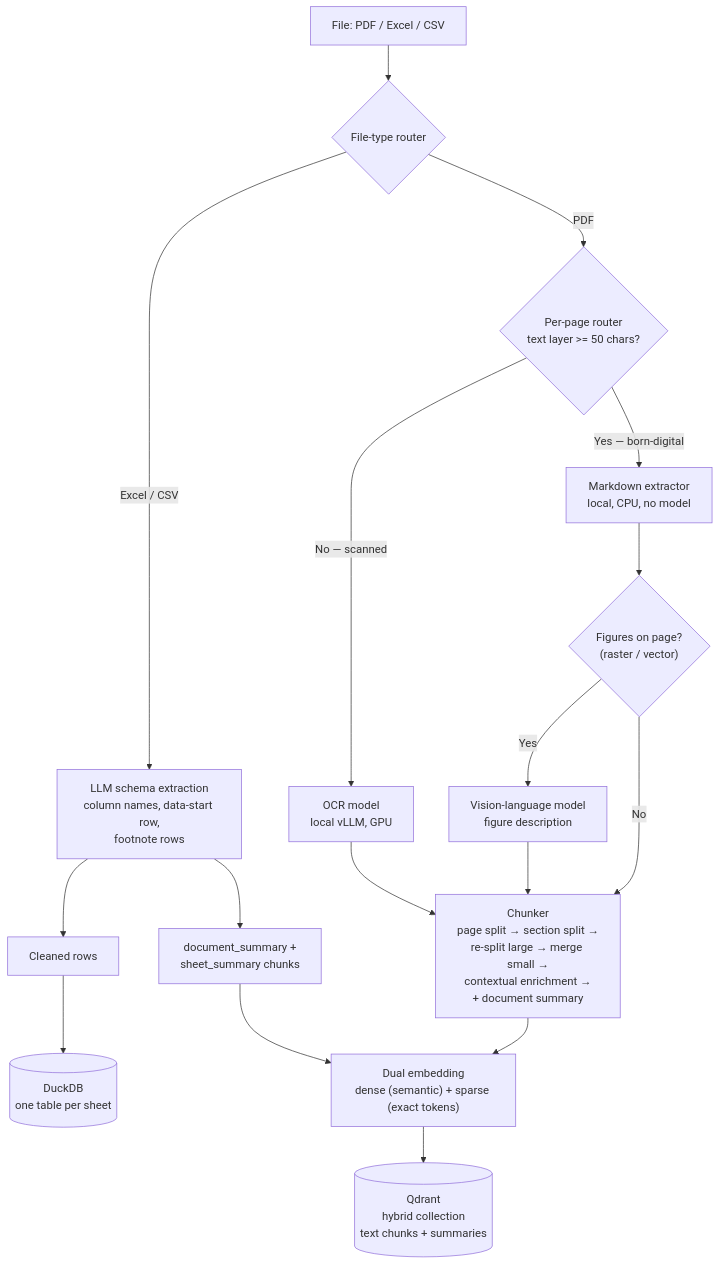
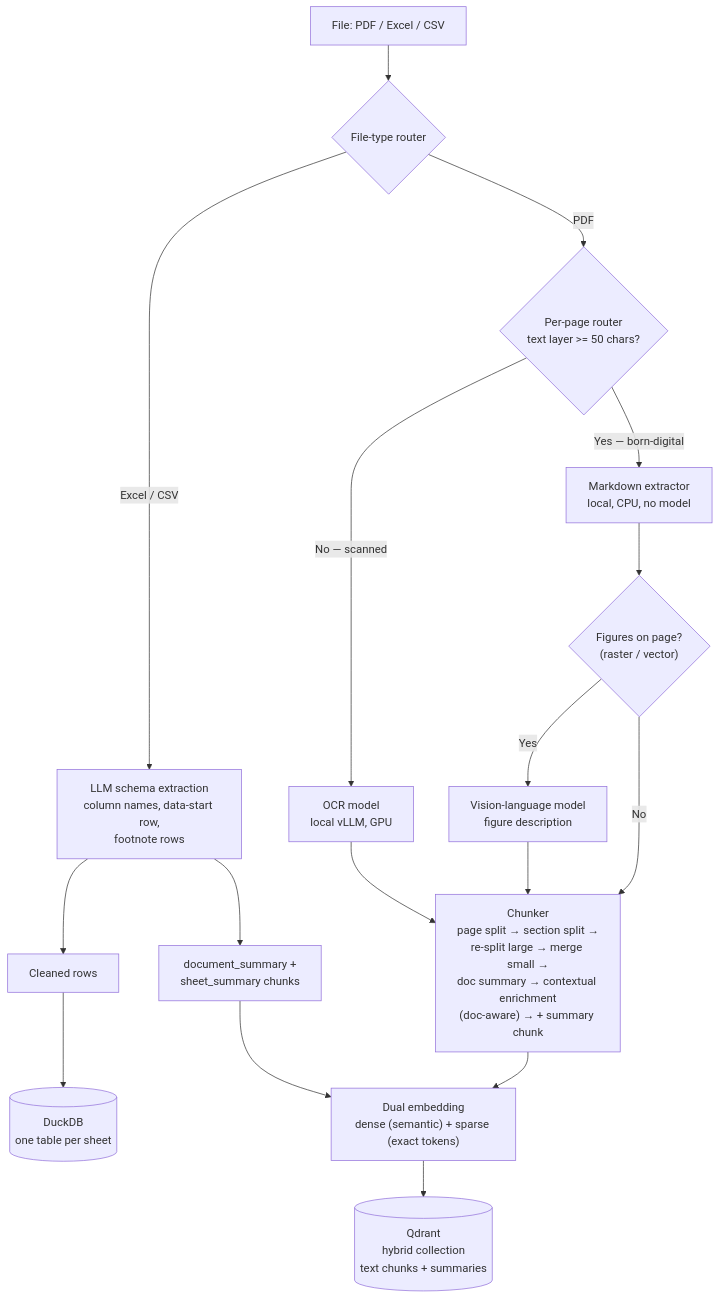
One commit to k-arvanitis/vault-rag changed the first of 2 diagrams in docs/diagrams.md. Above: the diagram before and after it, drawn with Mermaid. The commit also changed 42 other files, not shown here.

````diff
--- a/docs/diagrams.md
+++ b/docs/diagrams.md
@@ -11,26 +11,26 @@
 ```mermaid
 flowchart TD
     F["File: PDF / Excel / CSV"] --> R{File-type router}
 
     %% ---- PDF branch ----
     R -->|PDF| PP{Per-page router<br/>text layer >= 50 chars?}
     PP -->|Yes — born-digital| BD["Markdown extractor<br/>local, CPU, no model"]
     PP -->|No — scanned| OCR["OCR model<br/>local vLLM, GPU"]
     BD --> FIG{"Figures on page?<br/>(raster / vector)"}
     FIG -->|Yes| VLM["Vision-language model<br/>figure description"]
     FIG -->|No| CH
     VLM --> CH
     OCR --> CH
-    CH["Chunker<br/>page split → section split →<br/>re-split large → merge small →<br/>contextual enrichment →<br/>+ document summary"]
+    CH["Chunker<br/>page split → section split →<br/>re-split large → merge small →<br/>doc summary → contextual enrichment<br/>(doc-aware) → + summary chunk"]
 
     %% ---- Excel / CSV branch ----
     R -->|Excel / CSV| SCH["LLM schema extraction<br/>column names, data-start row,<br/>footnote rows"]
     SCH --> ROWS["Cleaned rows"]
     SCH --> SUM["document_summary +<br/>sheet_summary chunks"]
     ROWS --> DD[("DuckDB<br/>one table per sheet")]
 
     %% ---- Shared embedding sink ----
     CH --> EMB["Dual embedding<br/>dense (semantic) + sparse (exact tokens)"]
     SUM --> EMB
     EMB --> QD[("Qdrant<br/>hybrid collection<br/>text chunks + summaries")]
 ```
````
